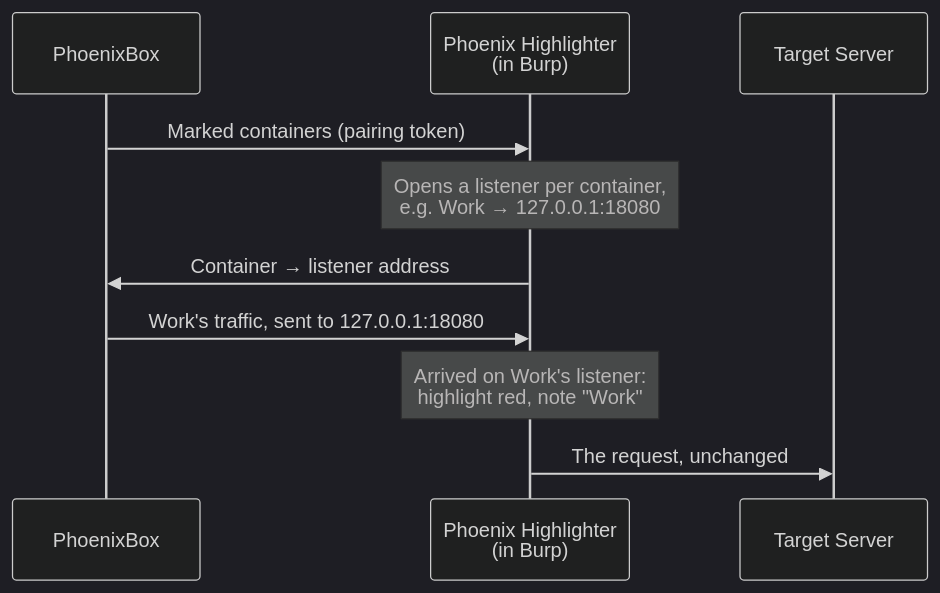
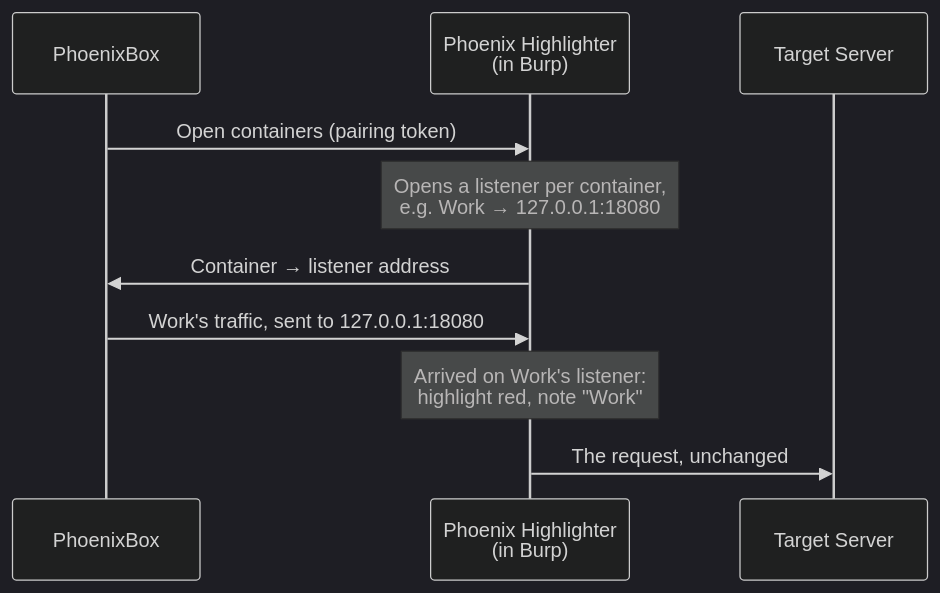
One commit to avihayf/PhoenixBox changed the diagram in docs/BURP_SUITE_SETUP.md. Above: the diagram before and after it, drawn with Mermaid (dark theme). The commit also changed other lines of this file and 7 other files, not shown here.

````diff
--- a/docs/BURP_SUITE_SETUP.md
+++ b/docs/BURP_SUITE_SETUP.md
@@ -45,13 +45,13 @@
 ```mermaid
 sequenceDiagram
     participant PB as PhoenixBox
     participant Jar as Phoenix Highlighter<br/>(in Burp)
     participant Target as Target Server
 
-    PB->>Jar: Marked containers (pairing token)
+    PB->>Jar: Open containers (pairing token)
     Note over Jar: Opens a listener per container,<br/>e.g. Work → 127.0.0.1:18080
     Jar->>PB: Container → listener address
     PB->>Jar: Work's traffic, sent to 127.0.0.1:18080
     Note over Jar: Arrived on Work's listener:<br/>highlight red, note "Work"
     Jar->>Target: The request, unchanged
 ```
````
